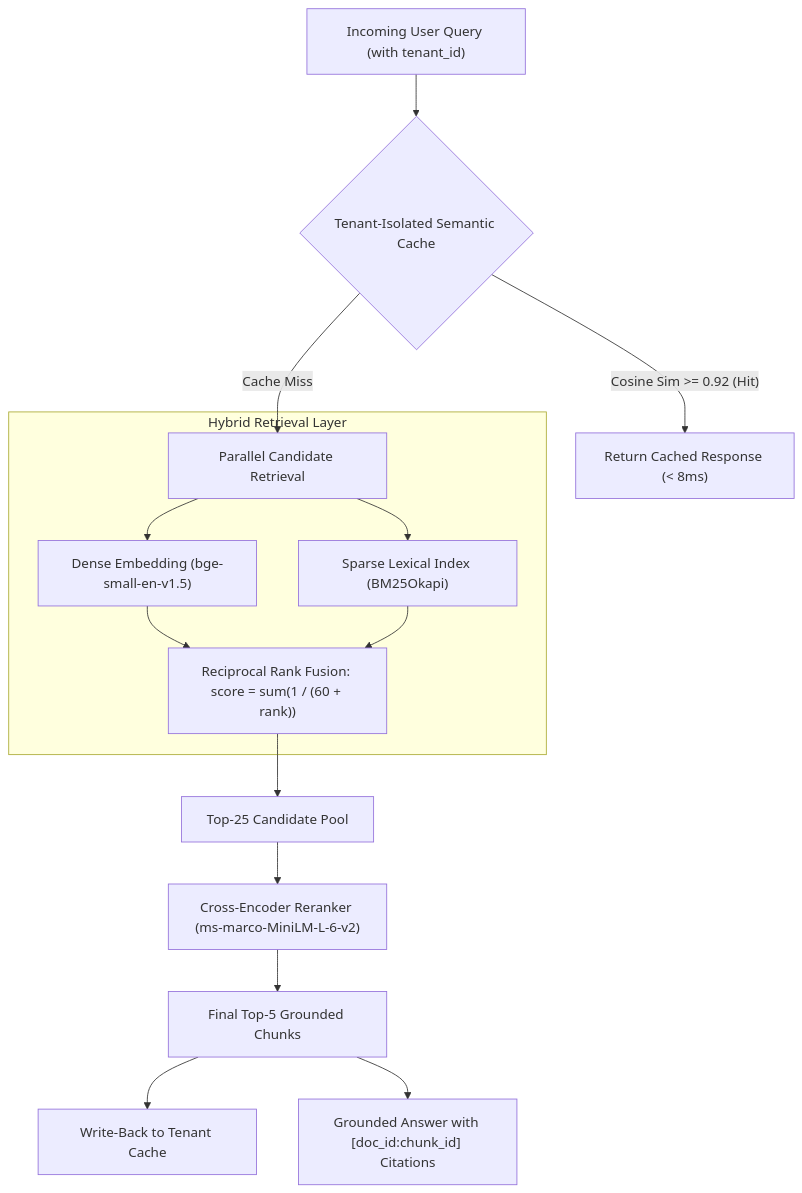
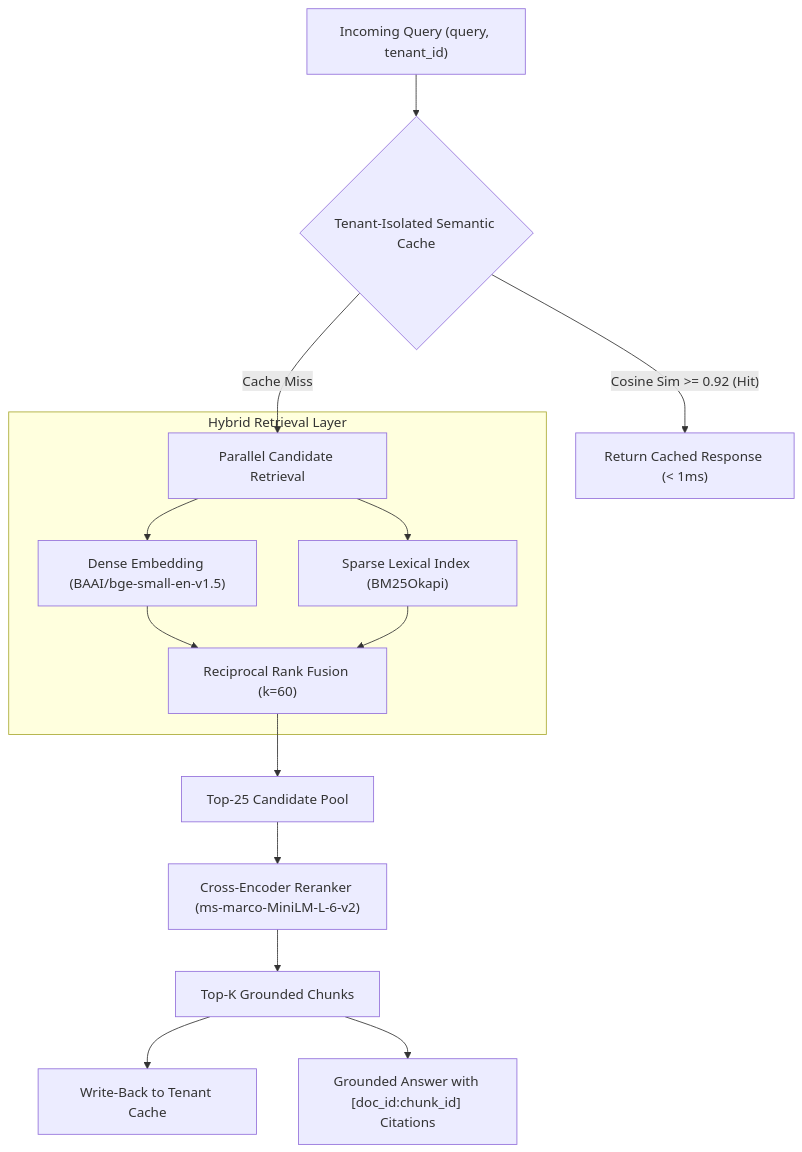
The diagram in README.md (Yprnv7/neuroflow-hybrid-rag), drawn with Mermaid before and after one commit. The commit also changed other lines of this file and 3 other files, not shown here.

````diff
--- a/README.md
+++ b/README.md
@@ -18,19 +60,19 @@
 ```mermaid
 flowchart TD
-    UserQuery["Incoming User Query (with tenant_id)"] --> CacheCheck{"Tenant-Isolated Semantic Cache"}
-    CacheCheck -- "Cosine Sim >= 0.92 (Hit)" --> CachedResult["Return Cached Response (< 8ms)"]
+    UserQuery["Incoming Query (query, tenant_id)"] --> CacheCheck{"Tenant-Isolated Semantic Cache"}
+    CacheCheck -- "Cosine Sim >= 0.92 (Hit)" --> CachedResult["Return Cached Response (< 1ms)"]
     CacheCheck -- "Cache Miss" --> DualRetrieval["Parallel Candidate Retrieval"]
 
     subgraph "Hybrid Retrieval Layer"
-        DualRetrieval --> DenseSearch["Dense Embedding (bge-small-en-v1.5)"]
+        DualRetrieval --> DenseSearch["Dense Embedding (BAAI/bge-small-en-v1.5)"]
         DualRetrieval --> SparseSearch["Sparse Lexical Index (BM25Okapi)"]
-        DenseSearch --> RRF["Reciprocal Rank Fusion: score = sum(1 / (60 + rank))"]
+        DenseSearch --> RRF["Reciprocal Rank Fusion (k=60)"]
         SparseSearch --> RRF
     end
 
-    RRF --> Top25["Top-25 Candidate Pool"]
-    Top25 --> CrossEncoder["Cross-Encoder Reranker (ms-marco-MiniLM-L-6-v2)"]
-    CrossEncoder --> Top5["Final Top-5 Grounded Chunks"]
-    Top5 --> CacheWrite["Write-Back to Tenant Cache"]
-    Top5 --> Response["Grounded Answer with [doc_id:chunk_id] Citations"]
+    RRF --> CandidatePool["Top-25 Candidate Pool"]
+    CandidatePool --> CrossEncoder["Cross-Encoder Reranker (ms-marco-MiniLM-L-6-v2)"]
+    CrossEncoder --> TopK["Top-K Grounded Chunks"]
+    TopK --> CacheWrite["Write-Back to Tenant Cache"]
+    TopK --> Response["Grounded Answer with [doc_id:chunk_id] Citations"]
 ```
````
